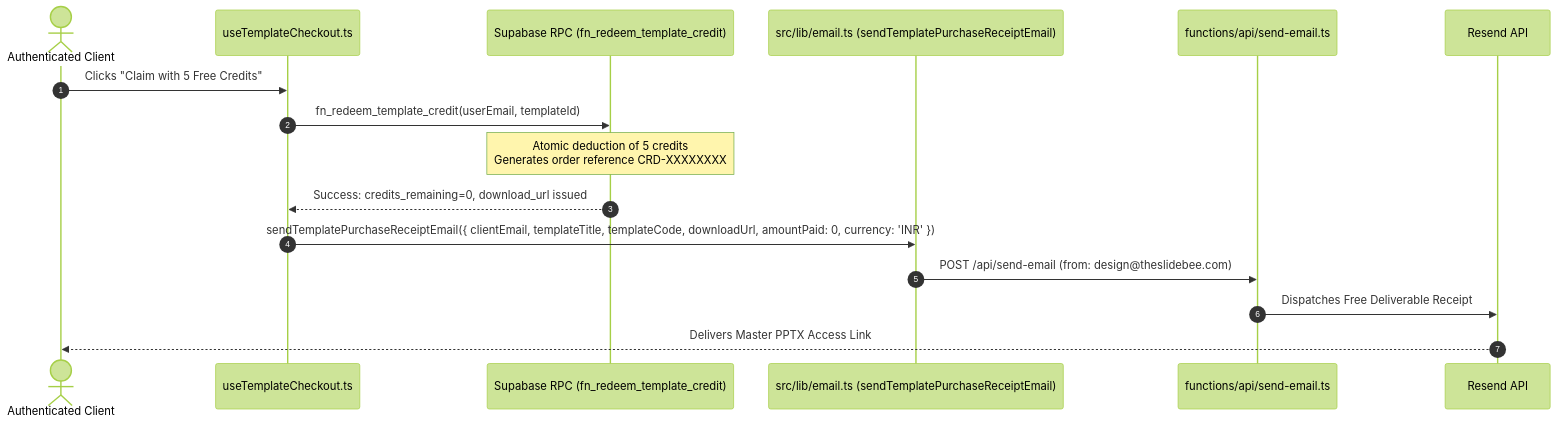
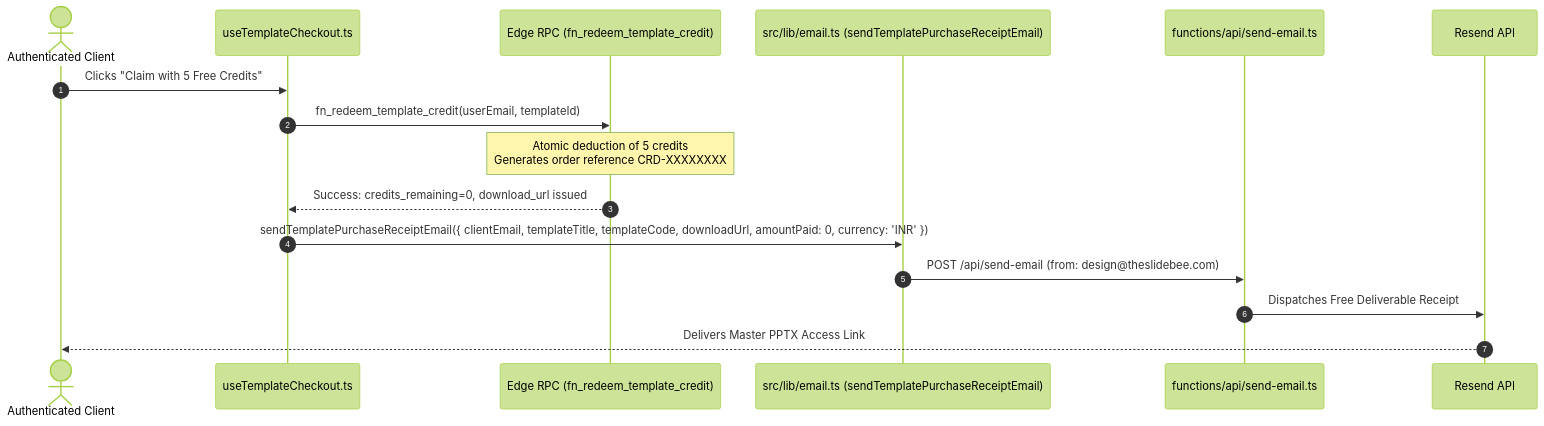
The third of 6 diagrams in email_workflows.md (theslidebee-afk/slidebee), drawn with Mermaid (forest theme) before and after one commit. The commit also changed other lines of this file and 103 other files, not shown here.

````diff
--- a/email_workflows.md
+++ b/email_workflows.md
@@ -142,19 +142,19 @@
 ```mermaid
 sequenceDiagram
     autonumber
     actor Client as Authenticated Client
     participant Checkout as useTemplateCheckout.ts
-    participant RPC as Supabase RPC (fn_redeem_template_credit)
+    participant RPC as Edge RPC (fn_redeem_template_credit)
     participant Email as src/lib/email.ts (sendTemplatePurchaseReceiptEmail)
     participant Router as functions/api/send-email.ts
     participant Resend as Resend API
 
     Client->>Checkout: Clicks "Claim with 5 Free Credits"
     Checkout->>RPC: fn_redeem_template_credit(userEmail, templateId)
     Note over RPC: Atomic deduction of 5 credits<br/>Generates order reference CRD-XXXXXXXX
     RPC-->>Checkout: Success: credits_remaining=0, download_url issued
     Checkout->>Email: sendTemplatePurchaseReceiptEmail({ clientEmail, templateTitle, templateCode, downloadUrl, amountPaid: 0, currency: 'INR' })
     Email->>Router: POST /api/send-email (from: design@theslidebee.com)
     Router->>Resend: Dispatches Free Deliverable Receipt
     Resend-->>Client: Delivers Master PPTX Access Link
 ```
````
